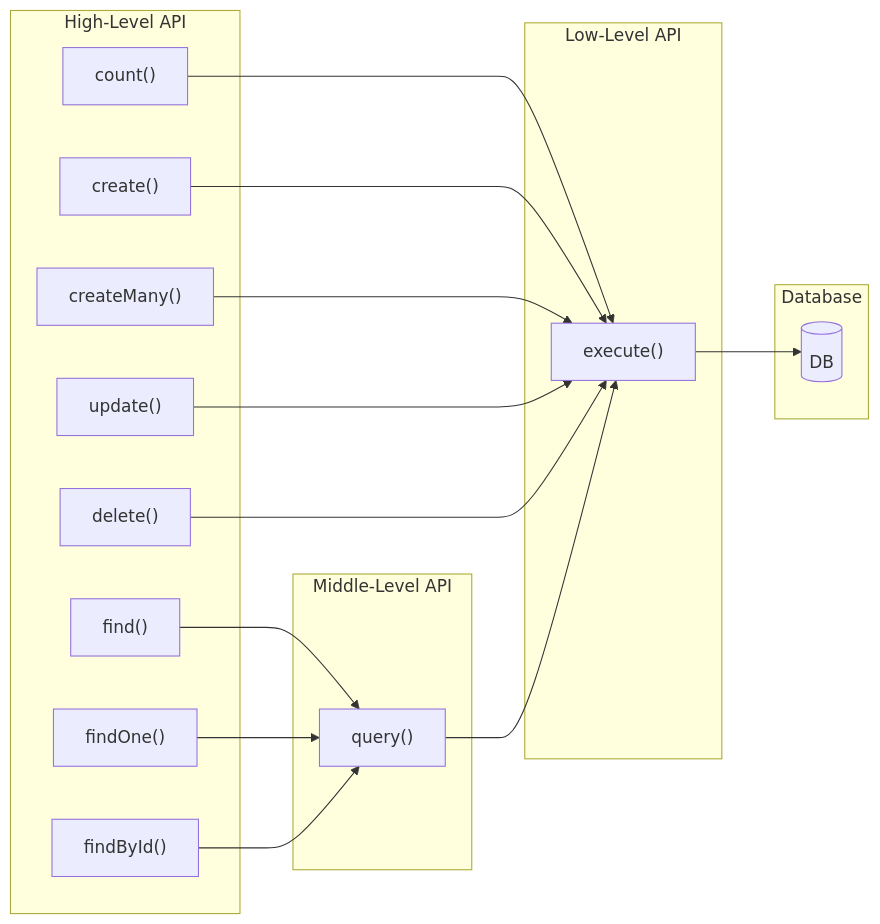
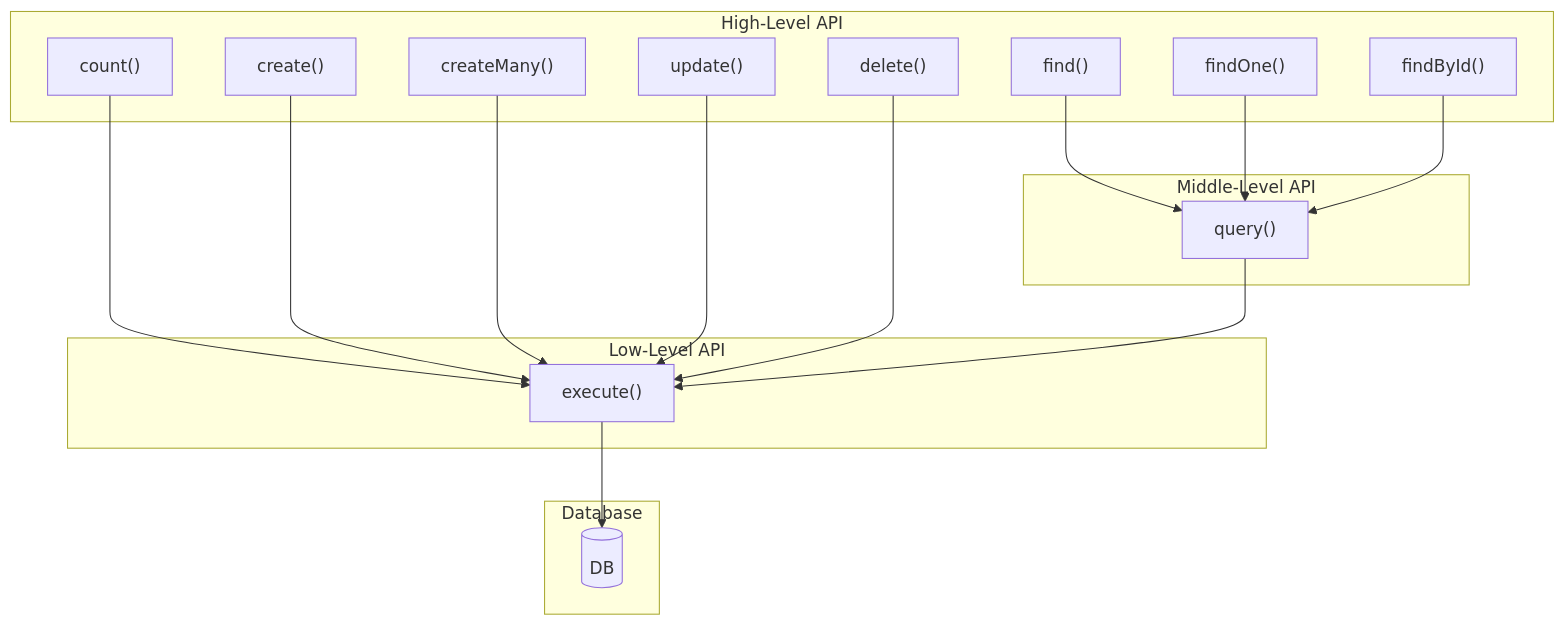
The diagram in README.md (foo-ogawa/litedbmodel.ts), drawn with Mermaid before and after one commit.

Commit message:
docs: change flowchart direction from TB to LR

````diff
--- a/README.md
+++ b/README.md
@@ -388,38 +388,38 @@
 ```mermaid
-flowchart LR
+flowchart TD
     subgraph "High-Level API"
         find["find()"]
         findOne["findOne()"]
         findById["findById()"]
         count["count()"]
         create["create()"]
         createMany["createMany()"]
         update["update()"]
         delete["delete()"]
     end
     
     subgraph "Middle-Level API"
         query["query()"]
     end
     
     subgraph "Low-Level API"
         execute["execute()"]
     end
     
     subgraph "Database"
         DB[(DB)]
     end
     
     find --> query
     findOne --> query
     findById --> query
     
     count --> execute
     create --> execute
     createMany --> execute
     update --> execute
     delete --> execute
     
     query --> execute
     execute --> DB
 ```
````
